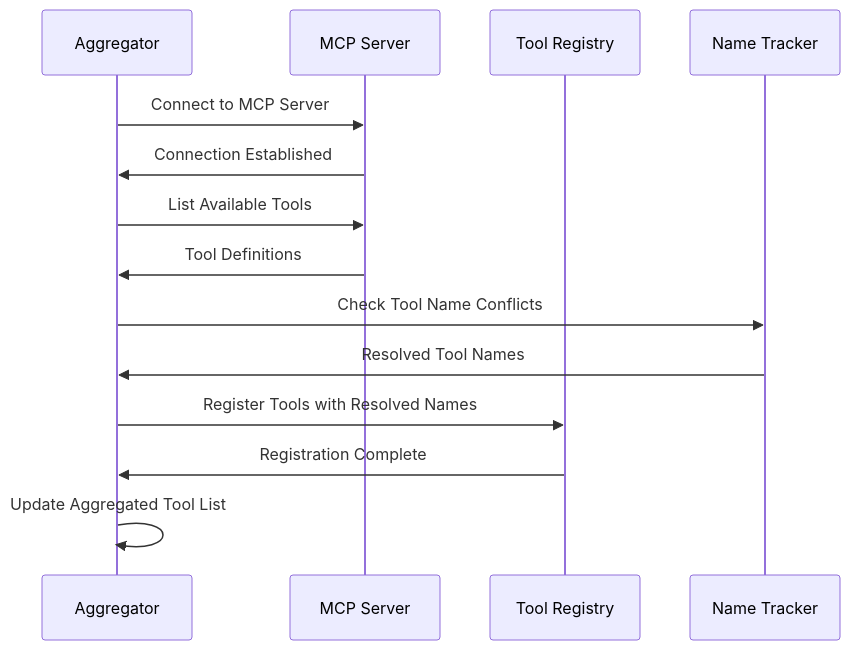
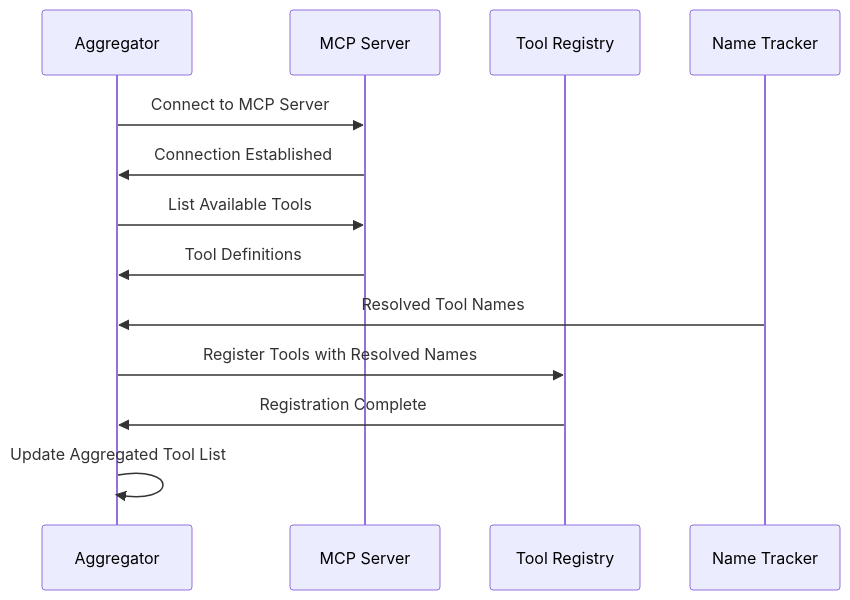
The third of 4 diagrams in docs/explanation/mcp-aggregation.md (giantswarm/muster), drawn with Mermaid before and after one commit. The commit also changed other lines of this file and 5 other files, not shown here.

````diff
--- a/docs/explanation/mcp-aggregation.md
+++ b/docs/explanation/mcp-aggregation.md
@@ -168,17 +146,16 @@
 ```mermaid
 sequenceDiagram
     participant A as Aggregator
     participant S as MCP Server
     participant R as Tool Registry
     participant N as Name Tracker
     
     A->>S: Connect to MCP Server
     S->>A: Connection Established
     A->>S: List Available Tools
     S->>A: Tool Definitions
-    A->>N: Check Tool Name Conflicts
     N->>A: Resolved Tool Names
     A->>R: Register Tools with Resolved Names
     R->>A: Registration Complete
     A->>A: Update Aggregated Tool List
 ```
````
